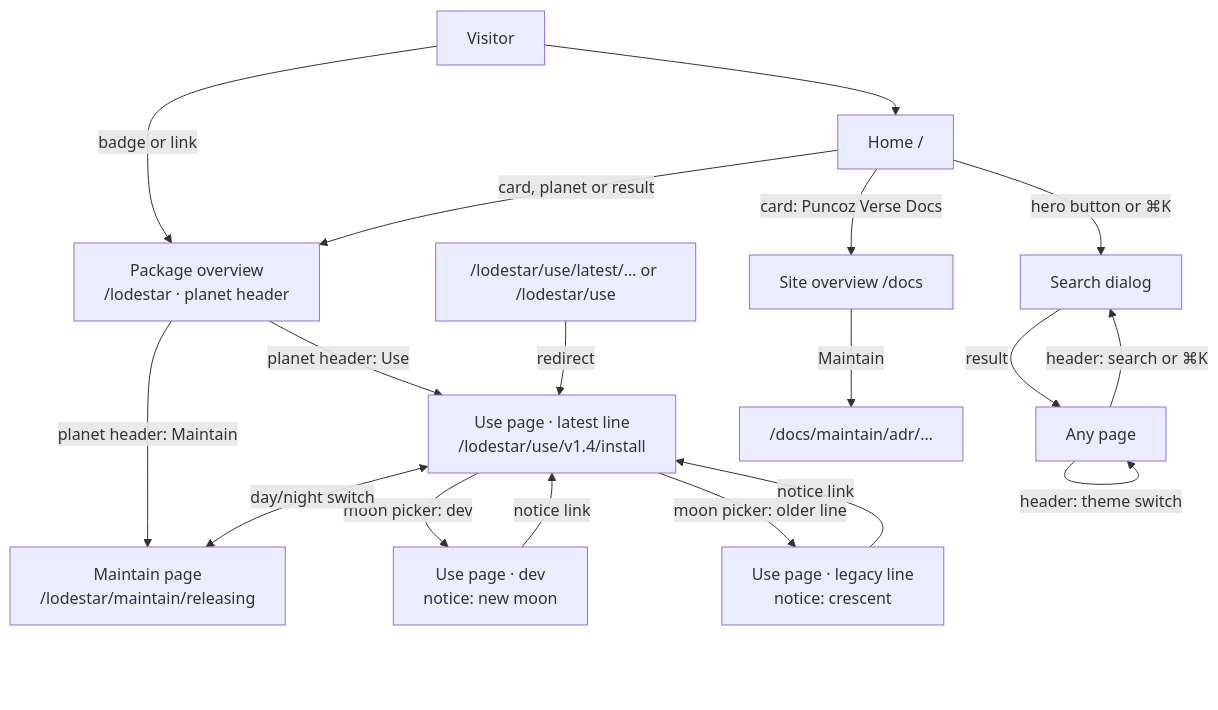
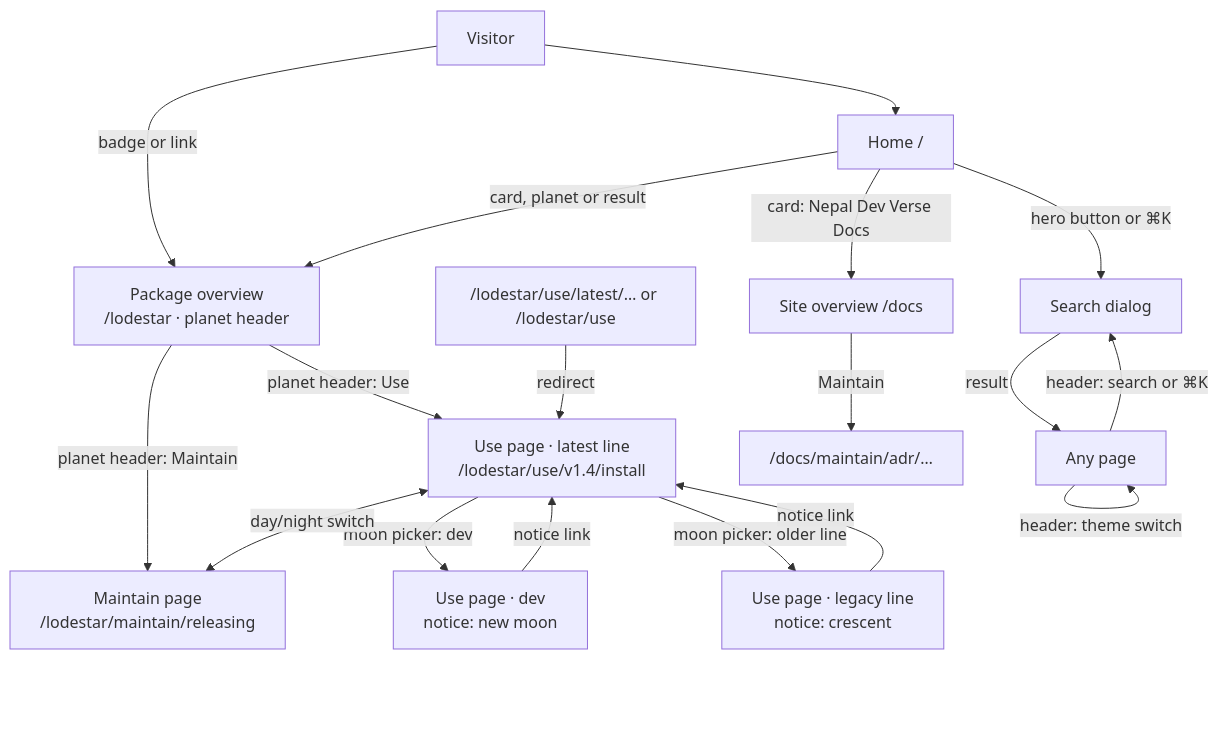
The first of 8 diagrams in content/docs/maintain/app-flow/site-pages.mdx (nepal-dev-com/docs.nepal-dev.com), drawn with Mermaid before and after one commit. The commit also changed other lines of this file and 145 other files, not shown here.

Commit message:
nepal dev docs

````diff
--- a/content/docs/maintain/app-flow/site-pages.mdx
+++ b/content/docs/maintain/app-flow/site-pages.mdx
@@ -54,20 +54,20 @@
 ```mermaid
 flowchart TB
   V[Visitor] --> H["Home /"]
   V -->|badge or link| O
   H -->|card, planet or result| O["Package overview<br/>/lodestar · planet header"]
   H -->|hero button or ⌘K| S
   P -->|header: search or ⌘K| S["Search dialog"]
   S -->|result| P
   O -->|planet header: Use| U["Use page · latest line<br/>/lodestar/use/v1.4/install"]
   O -->|planet header: Maintain| M["Maintain page<br/>/lodestar/maintain/releasing"]
   A["/lodestar/use/latest/… or /lodestar/use"] -->|redirect| U
   U -->|moon picker: dev| N["Use page · dev<br/>notice: new moon"]
   U -->|moon picker: older line| G["Use page · legacy line<br/>notice: crescent"]
   N -->|notice link| U
   G -->|notice link| U
   U <-->|day/night switch| M
   P["Any page"] -->|header: theme switch| P
-  H -->|card: Puncoz Verse Docs| D["Site overview /docs"]
+  H -->|card: Nepal Dev Verse Docs| D["Site overview /docs"]
   D -->|Maintain| DM["/docs/maintain/adr/…"]
 ```
````
